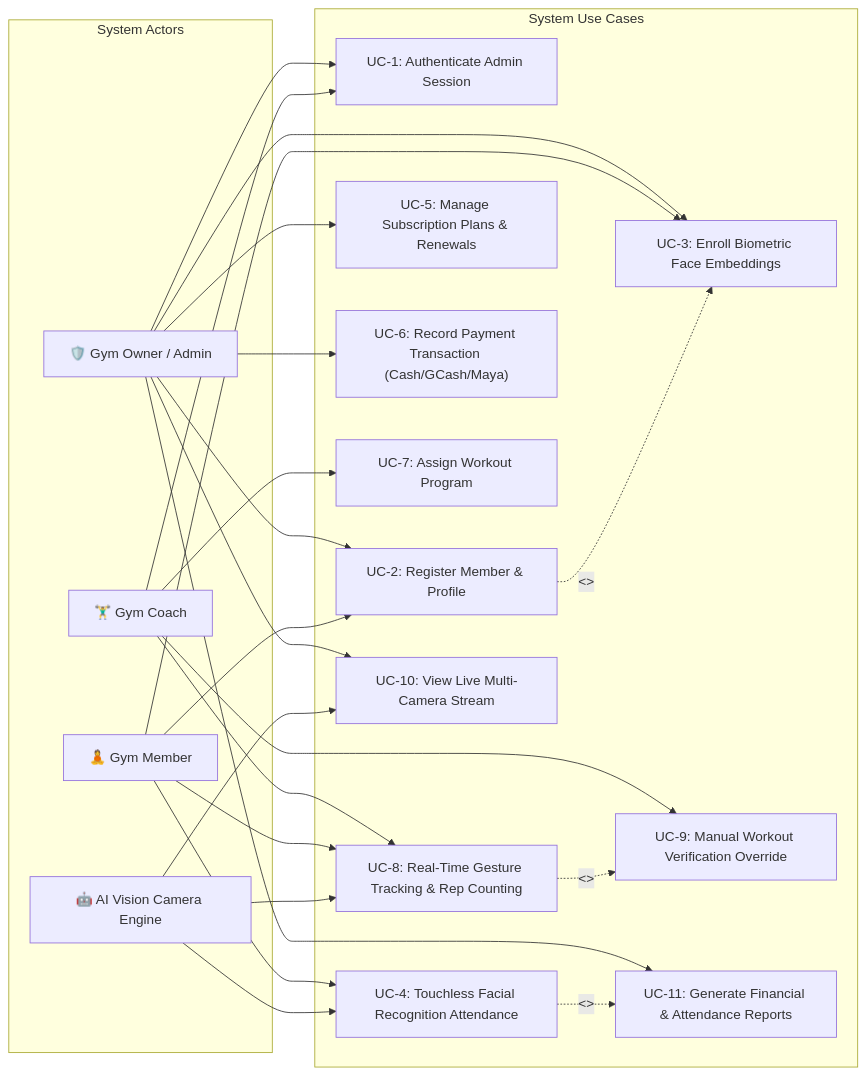
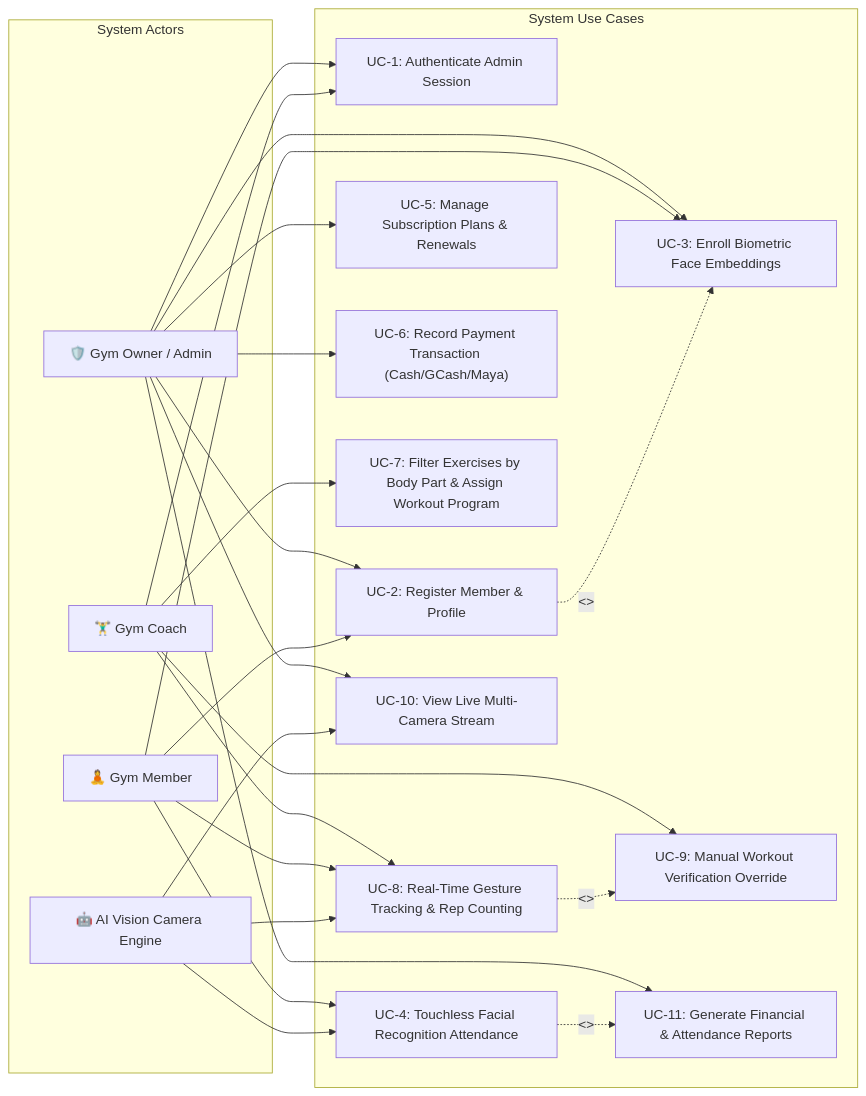
Before and after one commit to Plonteras191/GYM2-CAPSTONE: the fourth of 7 diagrams in Product Requirements Documents/System diagrams/System Diagrams.md, drawn with Mermaid. The commit also changed 51 other files, not shown here.

````diff
--- a/Product Requirements Documents/System diagrams/System Diagrams.md
+++ b/Product Requirements Documents/System diagrams/System Diagrams.md
@@ -170,54 +170,54 @@
 ```mermaid
 flowchart LR
     subgraph Actors ["System Actors"]
         ADMIN["🛡️ Gym Owner / Admin"]
         COACH["🏋️‍♂️ Gym Coach"]
         MEMBER["🧘 Gym Member"]
         AI_CAM["🤖 AI Vision Camera Engine"]
     end
 
     subgraph Use_Cases ["System Use Cases"]
         UC1["UC-1: Authenticate Admin Session"]
         UC2["UC-2: Register Member & Profile"]
         UC3["UC-3: Enroll Biometric Face Embeddings"]
         UC4["UC-4: Touchless Facial Recognition Attendance"]
         UC5["UC-5: Manage Subscription Plans & Renewals"]
         UC6["UC-6: Record Payment Transaction (Cash/GCash/Maya)"]
-        UC7["UC-7: Assign Workout Program"]
+        UC7["UC-7: Filter Exercises by Body Part & Assign Workout Program"]
         UC8["UC-8: Real-Time Gesture Tracking & Rep Counting"]
         UC9["UC-9: Manual Workout Verification Override"]
         UC10["UC-10: View Live Multi-Camera Stream"]
         UC11["UC-11: Generate Financial & Attendance Reports"]
     end
 
     %% Admin Interactions
     ADMIN --> UC1
     ADMIN --> UC2
     ADMIN --> UC3
     ADMIN --> UC5
     ADMIN --> UC6
     ADMIN --> UC10
     ADMIN --> UC11
 
     %% Coach Interactions
     COACH --> UC1
     COACH --> UC7
     COACH --> UC8
     COACH --> UC9
 
     %% Member Interactions
     MEMBER --> UC2
     MEMBER --> UC3
     MEMBER --> UC4
     MEMBER --> UC8
 
     %% AI Camera System Interactions
     AI_CAM --> UC4
     AI_CAM --> UC8
     AI_CAM --> UC10
 
     %% Use Case Relationships
     UC2 -.->|<<include>>| UC3
     UC4 -.->|<<extend>>| UC11
     UC8 -.->|<<extend>>| UC9
 ```
````
